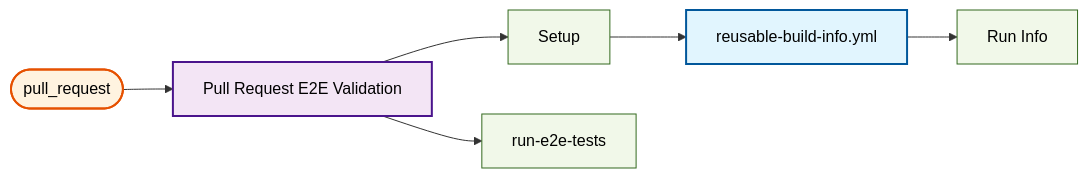
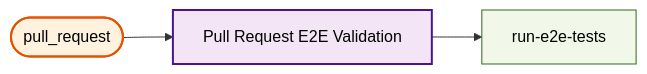
One commit to US-Trustee-Program/Bankruptcy-Oversight-Support-Systems changed the sixth of 22 diagrams in docs/operations/workflow-diagram.md. Above: the diagram before and after it, drawn with Mermaid. The commit also changed other lines of this file and 6 other files, not shown here.

````diff
--- a/docs/operations/workflow-diagram.md
+++ b/docs/operations/workflow-diagram.md
@@ -82,27 +82,18 @@
 ```mermaid
 flowchart LR
     trigger_pull_request(["pull_request"])
     pr_validation_yml["Pull Request E2E Validation"]
-    pr_validation_yml_setup["Setup"]
-    reusable_build_info_yml["reusable-build-info.yml"]
-    reusable_build_info_yml_build_info["Run Info"]
     pr_validation_yml_run_e2e_tests["run-e2e-tests"]
 
     trigger_pull_request --> pr_validation_yml
-    pr_validation_yml --> pr_validation_yml_setup
-    reusable_build_info_yml --> reusable_build_info_yml_build_info
-    pr_validation_yml_setup --> reusable_build_info_yml
     pr_validation_yml --> pr_validation_yml_run_e2e_tests
 
     classDef reusable fill:#e1f5fe,stroke:#01579b,stroke-width:2px,color:#000000
     classDef mainWorkflow fill:#f3e5f5,stroke:#4a148c,stroke-width:2px,color:#000000
     classDef trigger fill:#fff3e0,stroke:#e65100,stroke-width:2px,color:#000000
     classDef job fill:#f1f8e9,stroke:#33691e,stroke-width:1px,color:#000000
 
     class trigger_pull_request trigger
     class pr_validation_yml mainWorkflow
-    class pr_validation_yml_setup job
-    class reusable_build_info_yml reusable
-    class reusable_build_info_yml_build_info job
     class pr_validation_yml_run_e2e_tests job
 ```
````
